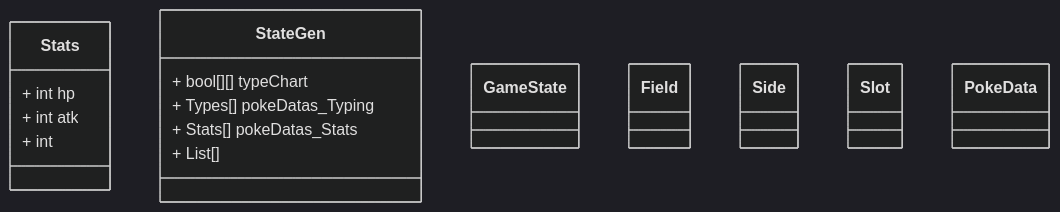
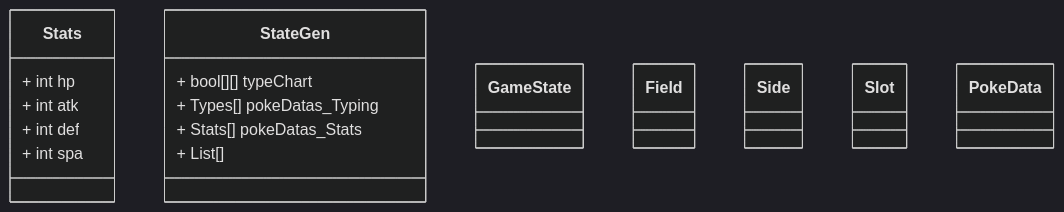
The diagram in all/Untitled.md (UtaSzane/iodraw-files), drawn with Mermaid (dark theme) before and after one commit.

Commit message:
2026-06-07 23:29:50 update

````diff
--- a/all/Untitled.md
+++ b/all/Untitled.md
@@ -1,29 +1,31 @@
 ```mermaid
 classDiagram
     class Stats {
         + int hp
         + int atk
-        + int
+        + int def
+        + int spa
+        
     }
     class StateGen {
         + bool[][] typeChart
         + Types[] pokeDatas_Typing
         + Stats[] pokeDatas_Stats
         + List[]
     }  
     class GameState {
 
     }
     class Field {
 
     }
     class Side {
 
     }
     class Slot {
 
     }
     class PokeData {
 
     }
 ```
````
